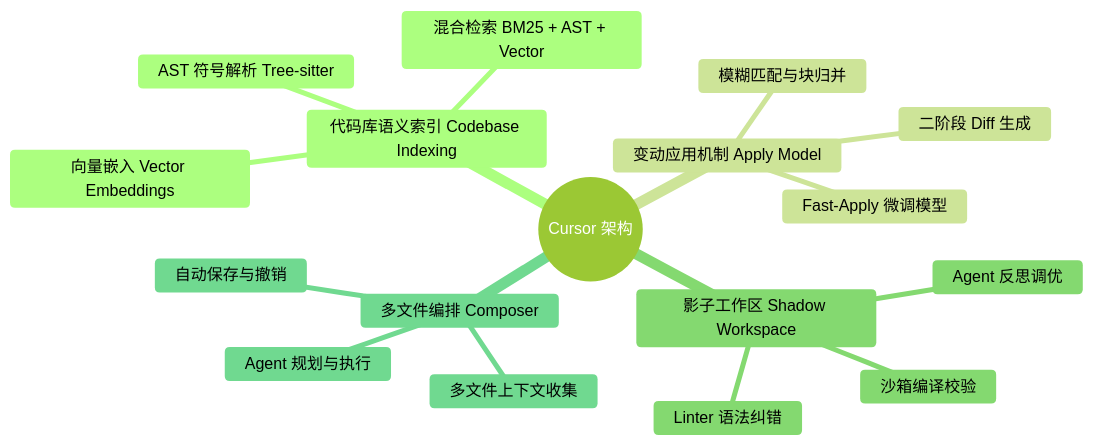
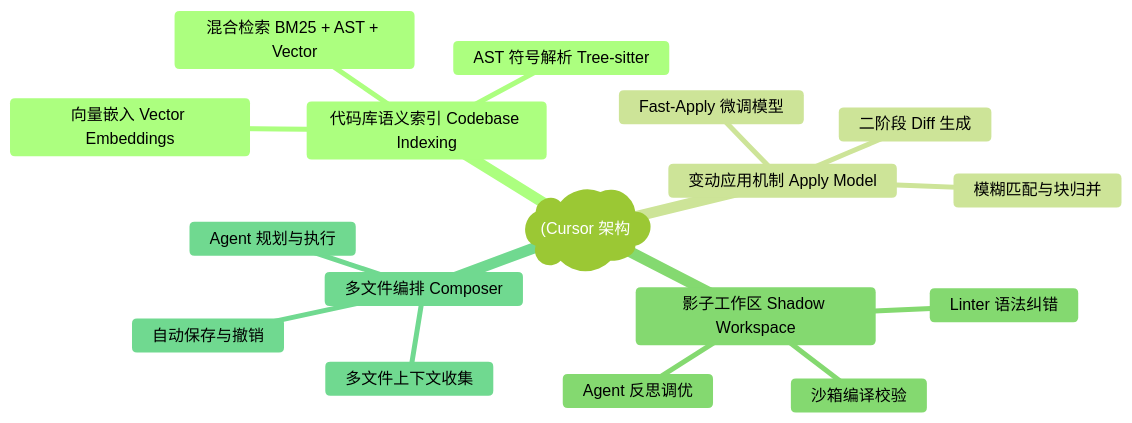
Before and after one commit to koosai/AI-Architect-Learning: the first of 6 diagrams in docs/atlas/cursor.mdx, drawn with Mermaid (forest theme). The commit also changed 187 other files, not shown here.

Commit message:
fix(mermaid): fix all unquoted parens and edge label syntax errors across all docs

````diff
--- a/docs/atlas/cursor.mdx
+++ b/docs/atlas/cursor.mdx
@@ -64,20 +64,20 @@
 ```mermaid
 mindmap
-  root((Cursor 架构))
+  root("(Cursor 架构"))
     代码库语义索引 Codebase Indexing
       AST 符号解析 Tree-sitter
       向量嵌入 Vector Embeddings
       混合检索 BM25 + AST + Vector
     变动应用机制 Apply Model
       二阶段 Diff 生成
       Fast-Apply 微调模型
       模糊匹配与块归并
     影子工作区 Shadow Workspace
       沙箱编译校验
       Linter 语法纠错
       Agent 反思调优
     多文件编排 Composer
       多文件上下文收集
       Agent 规划与执行
       自动保存与撤销
 ```
````
